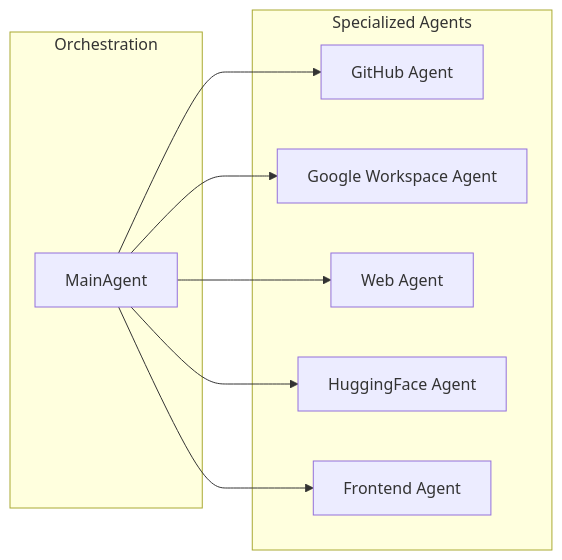
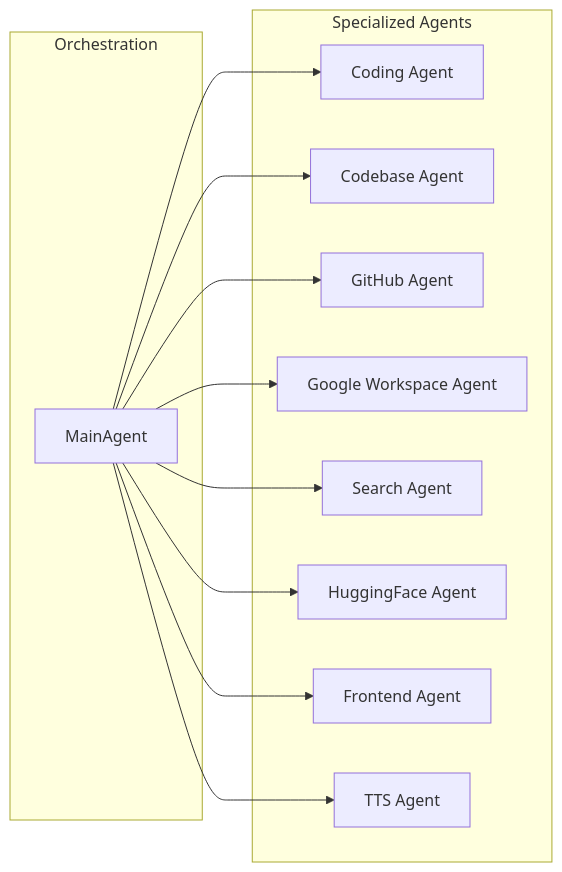
One commit to DeepStackers-Bil496/multi-agent-ai-docs changed the diagram in agents/overview.mdx. Above: the diagram before and after it, drawn with Mermaid. The commit also changed other lines of this file and 9 other files, not shown here.

````diff
--- a/agents/overview.mdx
+++ b/agents/overview.mdx
@@ -10,20 +10,26 @@
 ```mermaid
 flowchart LR
     subgraph Orchestration
         Main[MainAgent]
     end
     
     subgraph Specialized Agents
+        Coding[Coding Agent]
+        Codebase[Codebase Agent]
         GH[GitHub Agent]
         GW[Google Workspace Agent]
-        Web[Web Agent]
+        Search[Search Agent]
         HF[HuggingFace Agent]
         FE[Frontend Agent]
+        TTS[TTS Agent]
     end
     
+    Main --> Coding
+    Main --> Codebase
     Main --> GH
     Main --> GW
-    Main --> Web
+    Main --> Search
     Main --> HF
     Main --> FE
+    Main --> TTS
 ```
````
